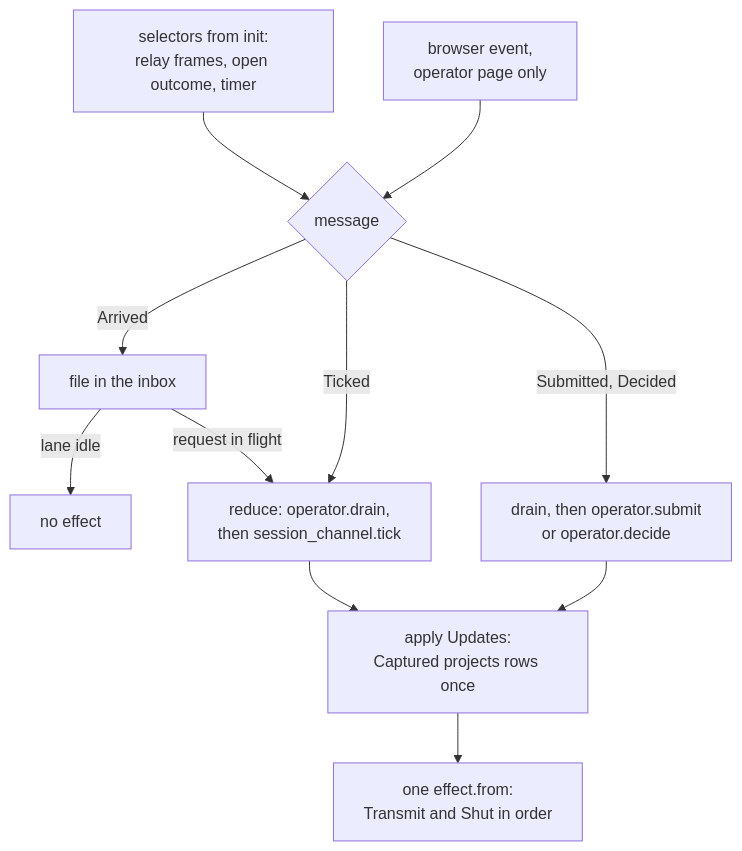
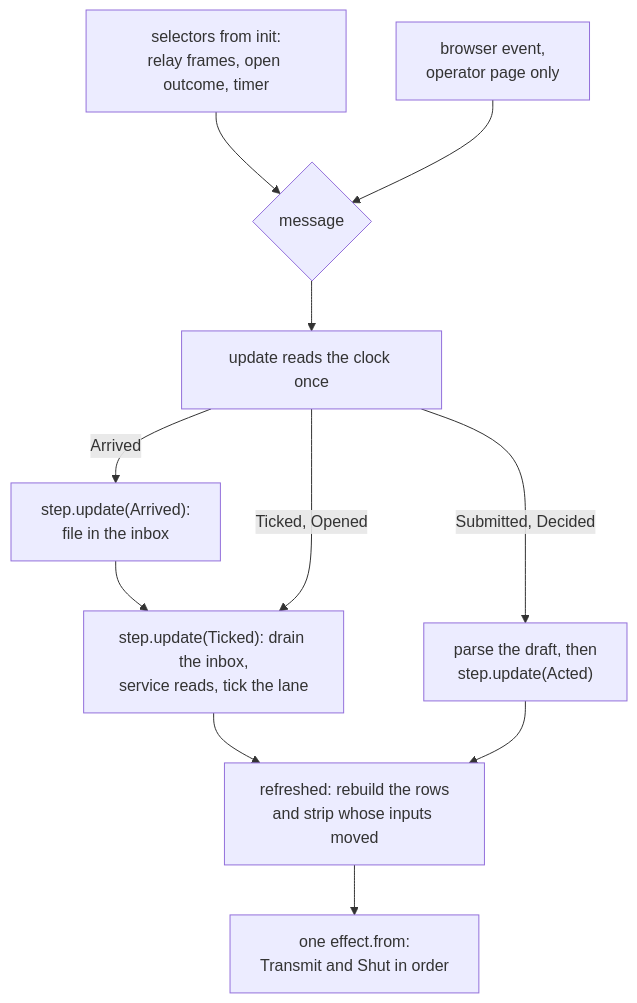
The second of 2 diagrams in packages/web_view/README.md (Roasbeef/loom), drawn with Mermaid before and after one commit. The commit also changed other lines of this file and 7 other files, not shown here.

````diff
--- a/packages/web_view/README.md
+++ b/packages/web_view/README.md
@@ -77,14 +77,15 @@
 ```mermaid
 flowchart TB
     sel["selectors from init:<br/>relay frames, open outcome, timer"] --> msg
     ev["browser event,<br/>operator page only"] --> msg
     msg{"message"}
-    msg -- "Arrived" --> file["file in the inbox"]
-    file -- "lane idle" --> done["no effect"]
-    file -- "request in flight" --> reduce
-    msg -- "Ticked" --> reduce["reduce: operator.drain,<br/>then session_channel.tick"]
-    msg -- "Submitted, Decided" --> cmd["drain, then operator.submit<br/>or operator.decide"]
-    reduce --> apply["apply Updates:<br/>Captured projects rows once"]
-    cmd --> apply
-    apply --> perform["one effect.from:<br/>Transmit and Shut in order"]
+    clock["update reads the clock once"]
+    msg --> clock
+    clock -- "Arrived" --> file["step.update(Arrived):<br/>file in the inbox"]
+    file --> tick
+    clock -- "Ticked, Opened" --> tick["step.update(Ticked): drain the inbox,<br/>service reads, tick the lane"]
+    clock -- "Submitted, Decided" --> cmd["parse the draft, then<br/>step.update(Acted)"]
+    tick --> refresh["refreshed: rebuild the rows<br/>and strip whose inputs moved"]
+    cmd --> refresh
+    refresh --> perform["one effect.from:<br/>Transmit and Shut in order"]
 ```
````
